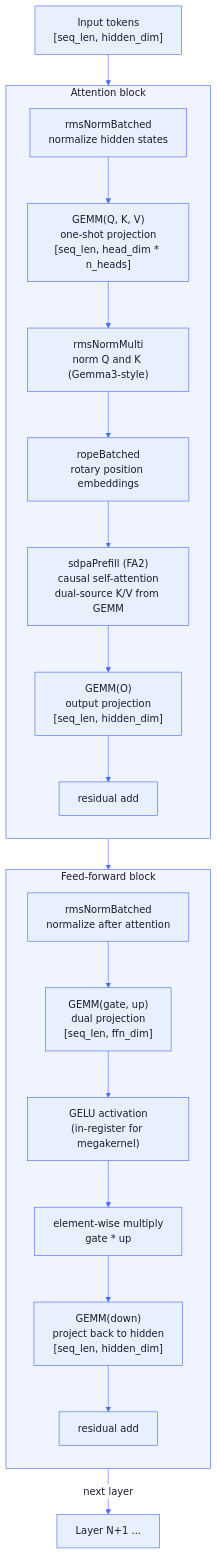
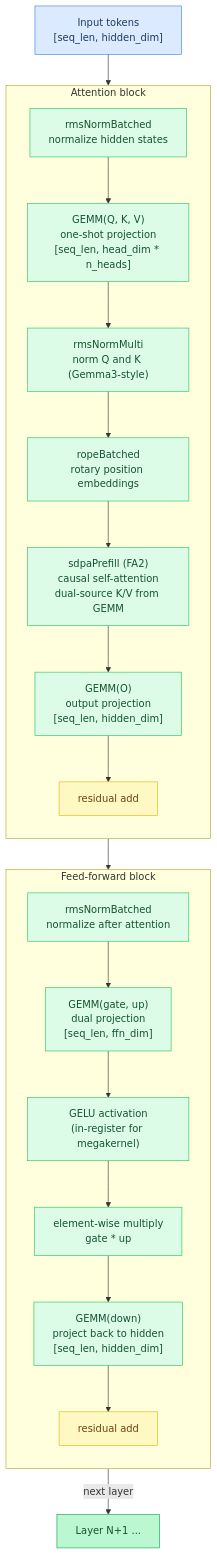
Before and after one commit to maci0/agave: the sixth of 7 diagrams in docs/tutorial/08-backends.md, drawn with Mermaid. The commit also changed other lines of this file and 24 other files, not shown here.

First line of the commit message:
docs: convert all mermaid diagrams to classDef semantic colors

````diff
--- a/docs/tutorial/08-backends.md
+++ b/docs/tutorial/08-backends.md
@@ -321,47 +325,41 @@
 ```mermaid
-%%{init: {'theme': 'base', 'themeVariables': {
-  'primaryColor': '#e8f0fe',
-  'primaryTextColor': '#1a1a2e',
-  'primaryBorderColor': '#4a6cf7',
-  'lineColor': '#4a6cf7',
-  'secondaryColor': '#f0f4ff',
-  'tertiaryColor': '#f8f9ff',
-  'edgeLabelBackground': '#ffffff',
-  'clusterBkg': '#f0f4ff',
-  'clusterBorder': '#4a6cf7',
-  'titleColor': '#1a1a2e',
-  'nodeTextColor': '#1a1a2e',
-  'fontFamily': 'ui-monospace, SFMono-Regular, monospace'
-}}}%%
 flowchart TD
-    Tokens["Input tokens\n[seq_len, hidden_dim]"]
+    classDef setup     fill:#dbeafe,stroke:#3b82f6,color:#1e3a5f
+    classDef sync      fill:#dcfce7,stroke:#22c55e,color:#14532d
+    classDef migration fill:#fef9c3,stroke:#eab308,color:#713f12
+    classDef success   fill:#bbf7d0,stroke:#16a34a,color:#14532d
+    classDef danger    fill:#fee2e2,stroke:#ef4444,color:#7f1d1d
+    classDef optional  fill:#f3e8ff,stroke:#9333ea,color:#581c87
+
+    Tokens["Input tokens\n[seq_len, hidden_dim]"]:::setup
+    NextLayer["Layer N+1 ..."]:::success
 
     subgraph Attention["Attention block"]
         direction TB
-        RN1["rmsNormBatched\nnormalize hidden states"]
-        QKV["GEMM(Q, K, V)\none-shot projection\n[seq_len, head_dim * n_heads]"]
-        RN2["rmsNormMulti\nnorm Q and K (Gemma3-style)"]
-        RoPE["ropeBatched\nrotary position embeddings"]
-        SDPA["sdpaPrefill (FA2)\ncausal self-attention\ndual-source K/V from GEMM"]
-        ProjO["GEMM(O)\noutput projection\n[seq_len, hidden_dim]"]
-        Add1["residual add"]
+        RN1["rmsNormBatched\nnormalize hidden states"]:::sync
+        QKV["GEMM(Q, K, V)\none-shot projection\n[seq_len, head_dim * n_heads]"]:::sync
+        RN2["rmsNormMulti\nnorm Q and K (Gemma3-style)"]:::sync
+        RoPE["ropeBatched\nrotary position embeddings"]:::sync
+        SDPA["sdpaPrefill (FA2)\ncausal self-attention\ndual-source K/V from GEMM"]:::sync
+        ProjO["GEMM(O)\noutput projection\n[seq_len, hidden_dim]"]:::sync
+        Add1["residual add"]:::migration
 
         RN1 --> QKV --> RN2 --> RoPE --> SDPA --> ProjO --> Add1
     end
 
     subgraph FFN["Feed-forward block"]
         direction TB
-        RN3["rmsNormBatched\nnormalize after attention"]
-        GateUp["GEMM(gate, up)\ndual projection\n[seq_len, ffn_dim]"]
-        Gelu["GELU activation\n(in-register for megakernel)"]
-        Mul["element-wise multiply\ngate * up"]
-        Down["GEMM(down)\nproject back to hidden\n[seq_len, hidden_dim]"]
-        Add2["residual add"]
+        RN3["rmsNormBatched\nnormalize after attention"]:::sync
+        GateUp["GEMM(gate, up)\ndual projection\n[seq_len, ffn_dim]"]:::sync
+        Gelu["GELU activation\n(in-register for megakernel)"]:::sync
+        Mul["element-wise multiply\ngate * up"]:::sync
+        Down["GEMM(down)\nproject back to hidden\n[seq_len, hidden_dim]"]:::sync
+        Add2["residual add"]:::migration
 
         RN3 --> GateUp --> Gelu --> Mul --> Down --> Add2
     end
 
     Tokens --> Attention
     Attention --> FFN
-    FFN -->|"next layer"| NextLayer["Layer N+1 ..."]
+    FFN -->|"next layer"| NextLayer
 ```
````
